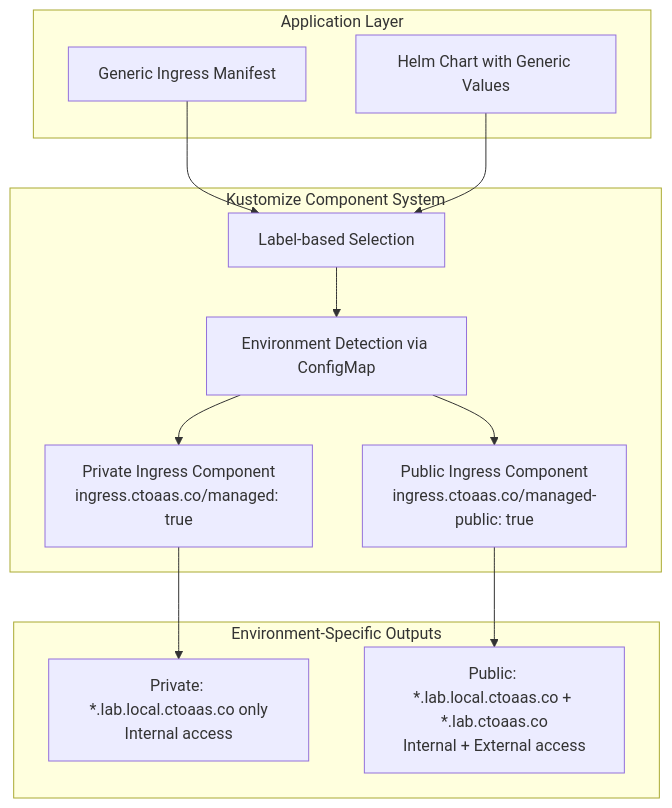
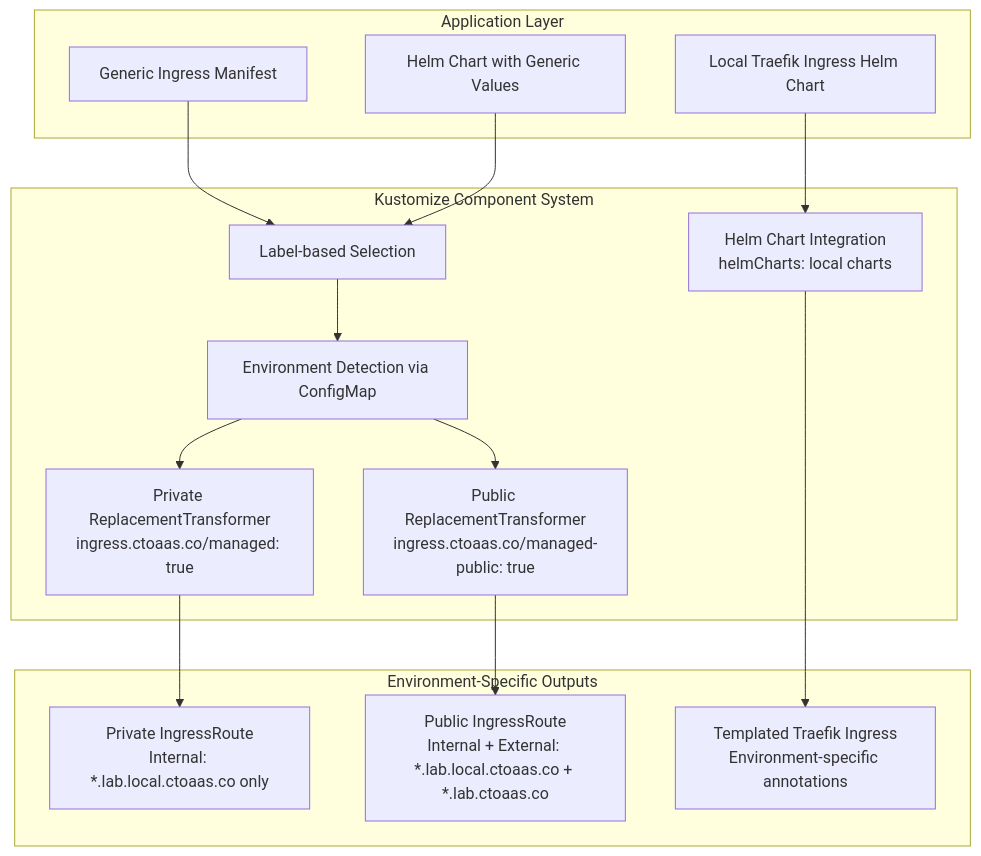
The diagram in .kiro/specs/ingress-management/design.md (craigedmunds/eda-mesh), drawn with Mermaid before and after one commit. The commit also changed other lines of this file and 49 other files, not shown here.

First line of the commit message:
Ingress improvements : improved testing and switched to helm (#18)

````diff
--- a/.kiro/specs/ingress-management/design.md
+++ b/.kiro/specs/ingress-management/design.md
@@ -11,27 +11,32 @@
 ```mermaid
 graph TB
     subgraph "Application Layer"
         A[Generic Ingress Manifest]
         B[Helm Chart with Generic Values]
+        C[Local Traefik Ingress Helm Chart]
     end
     
     subgraph "Kustomize Component System"
-        C[Environment Detection via ConfigMap]
-        D[Private Ingress Component<br/>ingress.ctoaas.co/managed: true]
-        E[Public Ingress Component<br/>ingress.ctoaas.co/managed-public: true]
-        F[Label-based Selection]
+        D[Environment Detection via ConfigMap]
+        E[Helm Chart Integration<br/>helmCharts: local charts]
+        F[Private ReplacementTransformer<br/>ingress.ctoaas.co/managed: true]
+        G[Public ReplacementTransformer<br/>ingress.ctoaas.co/managed-public: true]
+        H[Label-based Selection]
     end
     
     subgraph "Environment-Specific Outputs"
-        G[Private: *.lab.local.ctoaas.co only<br/>Internal access]
-        H[Public: *.lab.local.ctoaas.co + *.lab.ctoaas.co<br/>Internal + External access]
+        I[Private IngressRoute<br/>Internal: *.lab.local.ctoaas.co only]
+        J[Public IngressRoute<br/>Internal + External: *.lab.local.ctoaas.co + *.lab.ctoaas.co]
+        K[Templated Traefik Ingress<br/>Environment-specific annotations]
     end
     
-    A --> F
-    B --> F
-    F --> C
-    C --> D
+    A --> H
+    B --> H
     C --> E
+    H --> D
+    D --> F
     D --> G
-    E --> H
+    E --> K
+    F --> I
+    G --> J
 ```
````
